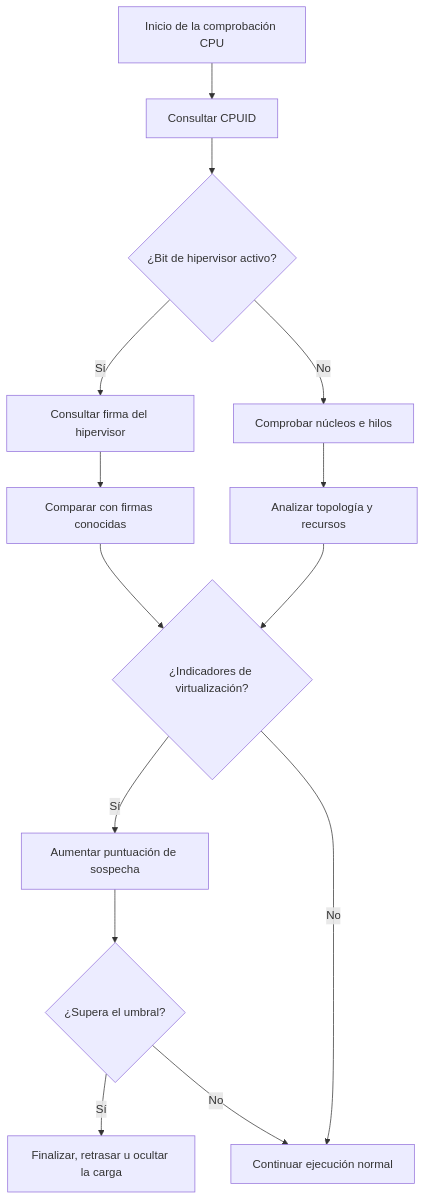
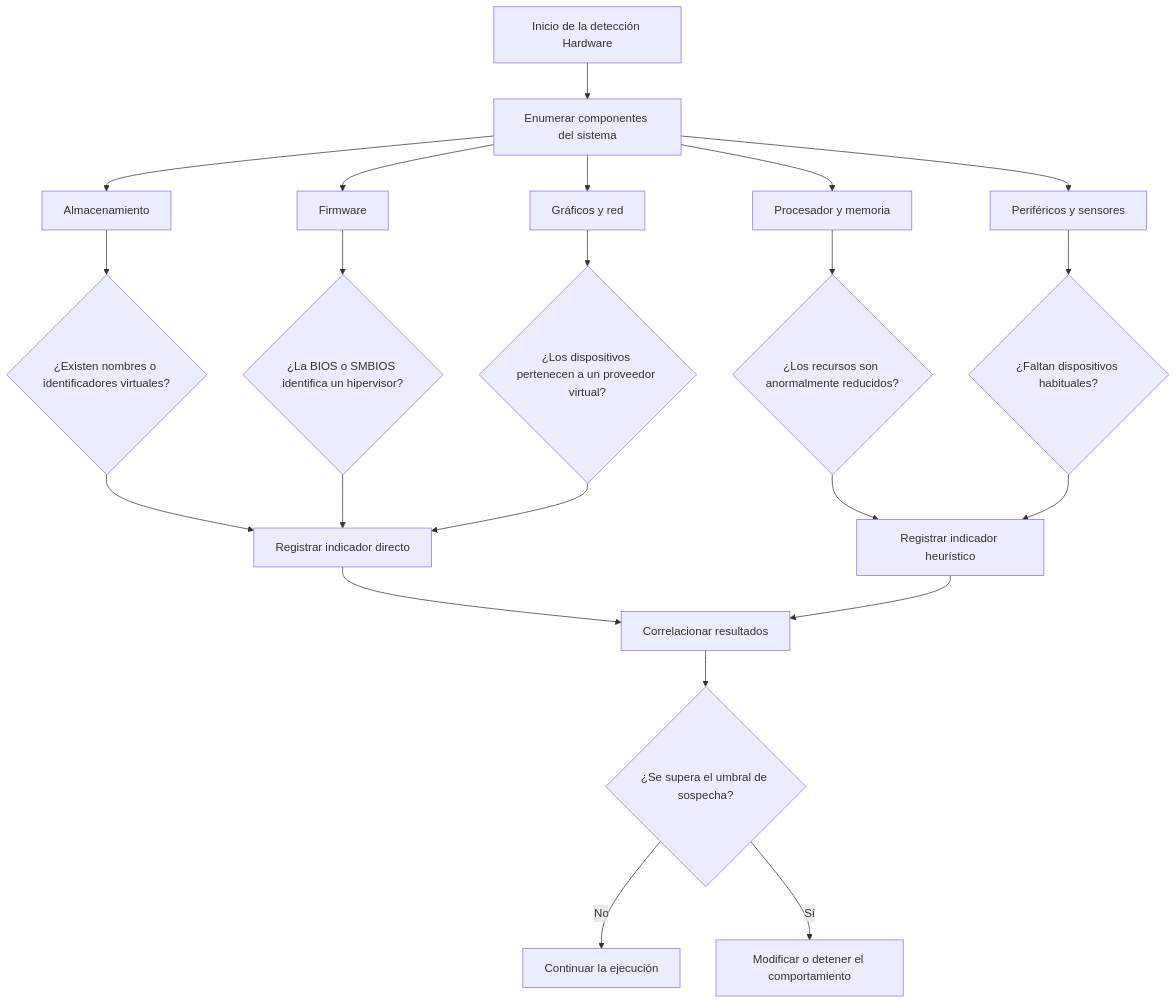
One commit to soniasalido/cybersecurity changed the diagram in Documentation/Malware/Master-ENIIT-Analisis-Malware-Reversing/modulo-11-TFM/modulo-deteccion-entornos-virtuales/modulo-evasion/fichas/hardware.md. Above: the diagram before and after it, drawn with Mermaid. The commit also changed other lines of this file, not shown here.

````diff
--- a/Documentation/Malware/Master-ENIIT-Analisis-Malware-Reversing/modulo-11-TFM/modulo-deteccion-entornos-virtuales/modulo-evasion/fichas/hardware.md
+++ b/Documentation/Malware/Master-ENIIT-Analisis-Malware-Reversing/modulo-11-TFM/modulo-deteccion-entornos-virtuales/modulo-evasion/fichas/hardware.md
@@ -272,16 +281,30 @@
 ```mermaid
 flowchart TD
-    A[Inicio de la comprobación CPU] --> B[Consultar CPUID]
-    B --> C{¿Bit de hipervisor activo?}
-    C -- Sí --> D[Consultar firma del hipervisor]
-    C -- No --> E[Comprobar núcleos e hilos]
-    D --> F[Comparar con firmas conocidas]
-    E --> G[Analizar topología y recursos]
-    F --> H{¿Indicadores de virtualización?}
-    G --> H
-    H -- Sí --> I[Aumentar puntuación de sospecha]
-    H -- No --> J[Continuar ejecución normal]
-    I --> K{¿Supera el umbral?}
-    K -- Sí --> L[Finalizar, retrasar u ocultar la carga]
-    K -- No --> J
+    A[Inicio de la detección Hardware] --> B[Enumerar componentes del sistema]
+
+    B --> C[Almacenamiento]
+    B --> D[Procesador y memoria]
+    B --> E[Firmware]
+    B --> F[Gráficos y red]
+    B --> G[Periféricos y sensores]
+
+    C --> H{¿Existen nombres o identificadores virtuales?}
+    D --> I{¿Los recursos son anormalmente reducidos?}
+    E --> J{¿La BIOS o SMBIOS identifica un hipervisor?}
+    F --> K{¿Los dispositivos pertenecen a un proveedor virtual?}
+    G --> L{¿Faltan dispositivos habituales?}
+
+    H --> M[Registrar indicador directo]
+    J --> M
+    K --> M
+
+    I --> N[Registrar indicador heurístico]
+    L --> N
+
+    M --> O[Correlacionar resultados]
+    N --> O
+
+    O --> P{¿Se supera el umbral de sospecha?}
+    P -- No --> Q[Continuar la ejecución]
+    P -- Sí --> R[Modificar o detener el comportamiento]
 ```
````
